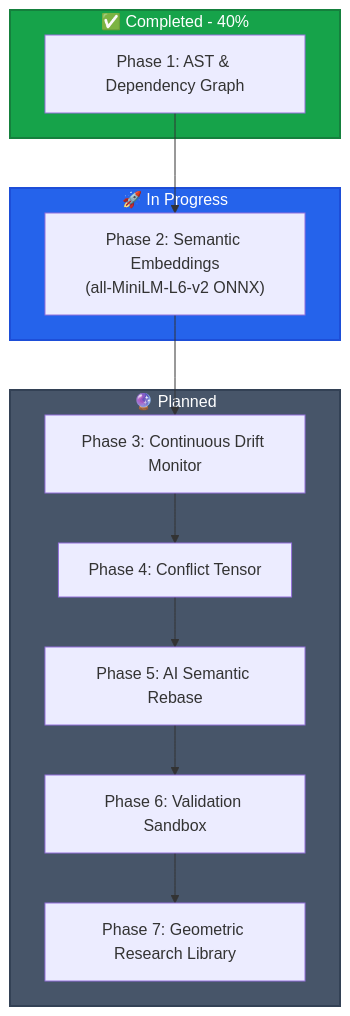
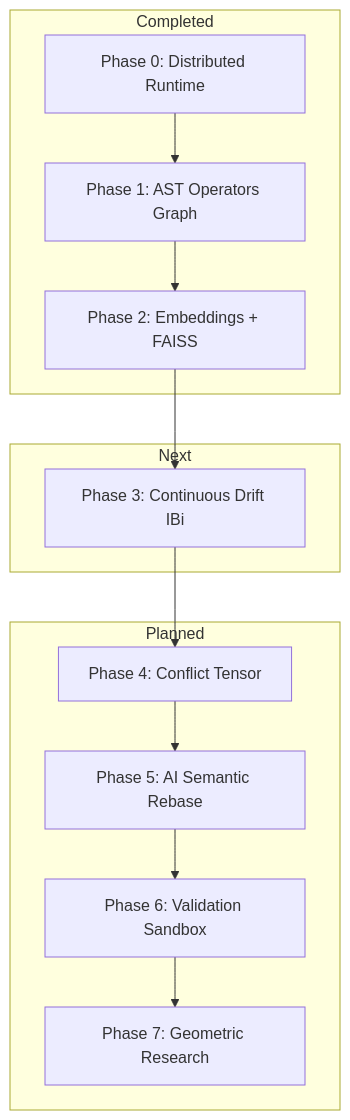
One commit to Sarthak2233/GDSS changed the second of 5 diagrams in README.md. Above: the diagram before and after it, drawn with Mermaid. The commit also changed other lines of this file and 29 other files, not shown here.

Commit message:
feat: Phase 2 embeddings

````diff
--- a/README.md
+++ b/README.md
@@ -218,29 +248,27 @@
 ```mermaid
 graph TD
-    subgraph Done["✅ Completed - 40%"]
-        P1["Phase 1: AST & Dependency Graph"]
+    subgraph Done["Completed"]
+        P0["Phase 0: Distributed Runtime"]
+        P1["Phase 1: AST Operators Graph"]
+        P2["Phase 2: Embeddings + FAISS"]
     end
-    
-    subgraph Next["🚀 In Progress"]
-        P2["Phase 2: Semantic Embeddings<br>(all-MiniLM-L6-v2 ONNX)"]
+
+    subgraph Next["Next"]
+        P3["Phase 3: Continuous Drift IBi"]
     end
-    
-    subgraph Future["🔮 Planned"]
-        P3["Phase 3: Continuous Drift Monitor"]
+
+    subgraph Future["Planned"]
         P4["Phase 4: Conflict Tensor"]
         P5["Phase 5: AI Semantic Rebase"]
         P6["Phase 6: Validation Sandbox"]
-        P7["Phase 7: Geometric Research Library"]
+        P7["Phase 7: Geometric Research"]
     end
-    
+
+    P0 --> P1
     P1 --> P2
     P2 --> P3
     P3 --> P4
     P4 --> P5
     P5 --> P6
     P6 --> P7
-
-    style Done fill:#16a34a,stroke:#15803d,stroke-width:2px,color:#fff
-    style Next fill:#2563eb,stroke:#1d4ed8,stroke-width:2px,color:#fff
-    style Future fill:#475569,stroke:#334155,stroke-width:2px,color:#fff
 ```
````
